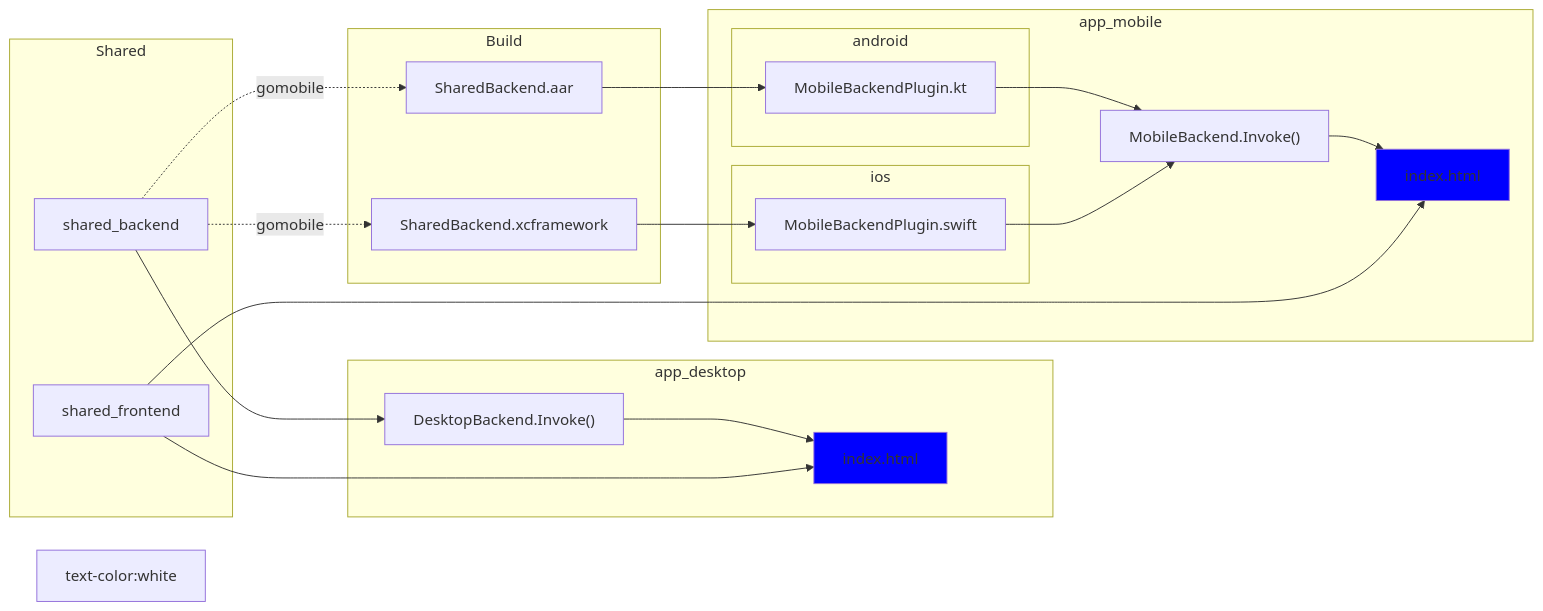
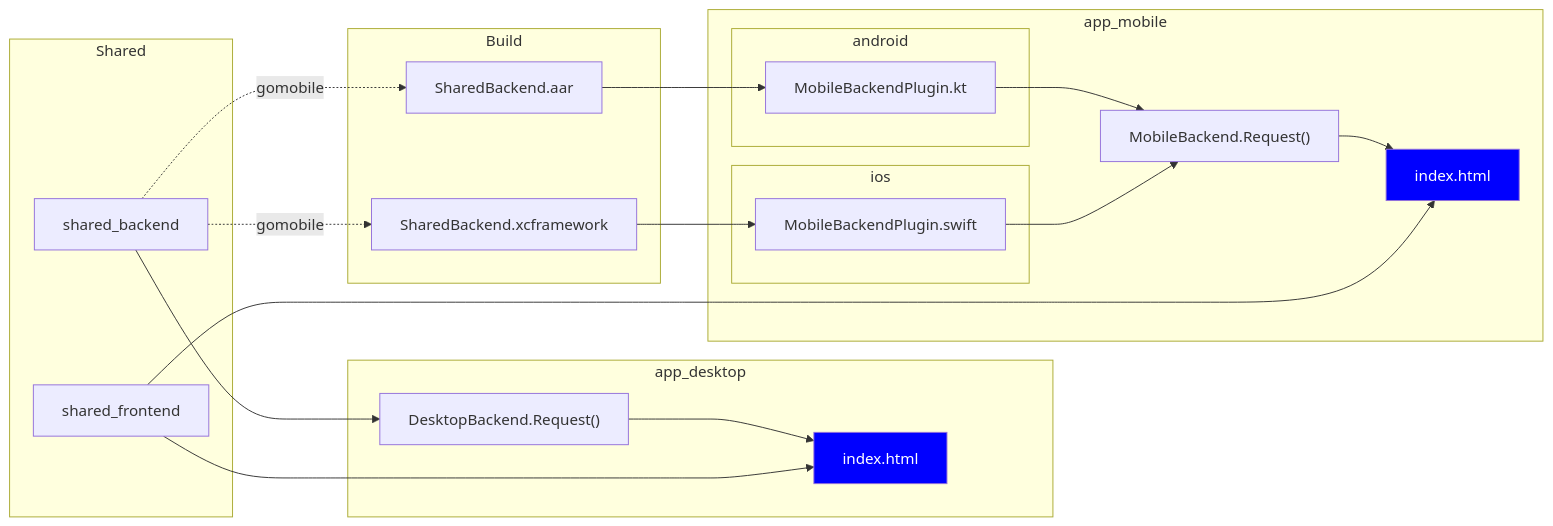
The diagram in x/examples/outline-connectivity-app/README.md (appgood/outline-sdk), drawn with Mermaid before and after one commit.

Commit message:
okay THAT should work

````diff
--- a/x/examples/outline-connectivity-app/README.md
+++ b/x/examples/outline-connectivity-app/README.md
@@ -15,40 +15,42 @@
 ```mermaid
 graph LR
   subgraph Shared
     A["shared_backend"]
     B["shared_frontend"]
   end
   subgraph Build
     C["SharedBackend.xcframework"]
     D["SharedBackend.aar"]
   end
   subgraph app_desktop
     H["index.html"]
-    G["DesktopBackend.Invoke()"]
+    G["DesktopBackend.Request()"]
   end
   subgraph app_mobile
     subgraph ios
       I["MobileBackendPlugin.swift"]
     end
     subgraph android
       J["MobileBackendPlugin.kt"]
     end
     K["index.html"]
-    L["MobileBackend.Invoke()"]
+    L["MobileBackend.Request()"]
   end
 
   A -.-> |gomobile| C
   A -.-> |gomobile| D
   A --> G
   B --> H
   B --> K
   C --> I
   D --> J
   I --> L
   J --> L
   L --> K
   G --> H
 
-  style K fill:blue;text-color:white;
-  style H fill:blue;text-color:white;
+  style K fill:blue;
+  style K color:white;
+  style H fill:blue;
+  style H color:white;
 ```
````
